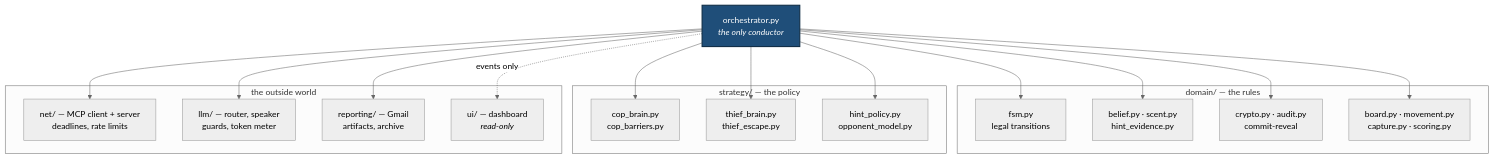
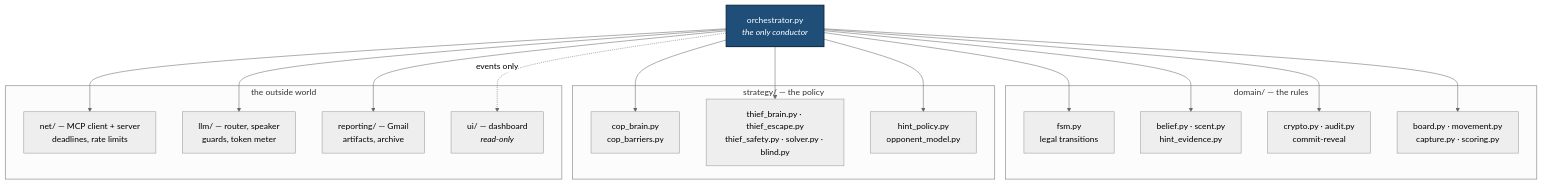
Before and after one commit to najikay/najamjad-cop: the third of 7 diagrams in docs/PLAN.md, drawn with Mermaid (neutral theme). The commit also changed other lines of this file and 21 other files, not shown here.

````diff
--- a/docs/PLAN.md
+++ b/docs/PLAN.md
@@ -78,39 +78,39 @@
 ```mermaid
 graph TB
     ORCH["orchestrator.py<br/><i>the only conductor</i>"]
 
     subgraph domain["domain/ — the rules"]
         FSM["fsm.py<br/>legal transitions"]
         BEL["belief.py · scent.py<br/>hint_evidence.py"]
         CRY["crypto.py · audit.py<br/>commit-reveal"]
         BRD["board.py · movement.py<br/>capture.py · scoring.py"]
     end
 
     subgraph strategy["strategy/ — the policy"]
         COP["cop_brain.py<br/>cop_barriers.py"]
-        THF["thief_brain.py<br/>thief_escape.py"]
+        THF["thief_brain.py · thief_escape.py<br/>thief_safety.py · solver.py · blind.py"]
         HNT["hint_policy.py<br/>opponent_model.py"]
     end
 
     subgraph edge["the outside world"]
         NET["net/ — MCP client + server<br/>deadlines, rate limits"]
         LLM["llm/ — router, speaker<br/>guards, token meter"]
         REP["reporting/ — Gmail<br/>artifacts, archive"]
         UI["ui/ — dashboard<br/><i>read-only</i>"]
     end
 
     ORCH --> FSM
     ORCH --> BEL
     ORCH --> CRY
     ORCH --> BRD
     ORCH --> COP
     ORCH --> THF
     ORCH --> HNT
     ORCH --> NET
     ORCH --> LLM
     ORCH --> REP
     ORCH -. "events only" .-> UI
 
     classDef gate fill:#1f4e79,color:#fff,stroke:#0d2b44,stroke-width:2px
     class ORCH gate
 ```
````
